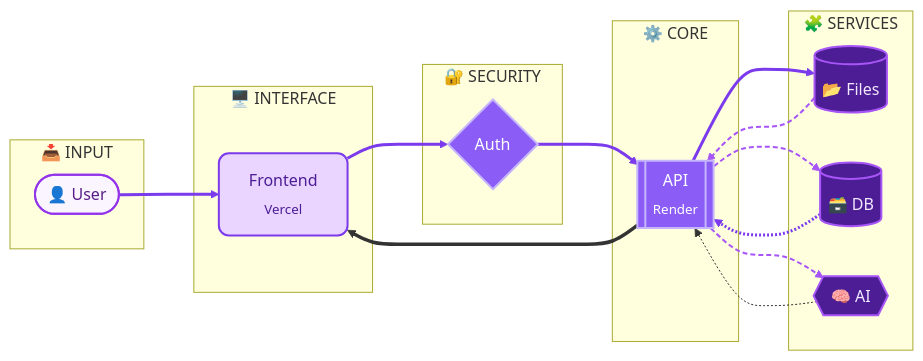
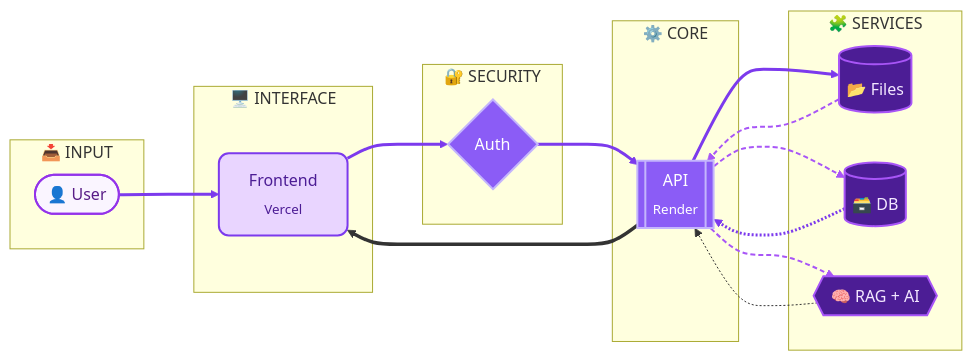
Before and after one commit to SujalAgrawal08/DocBrief: the second of 4 diagrams in README.md, drawn with Mermaid. The commit also changed other lines of this file and 8 other files, not shown here.

````diff
--- a/README.md
+++ b/README.md
@@ -38,43 +70,42 @@
 ```mermaid
 graph LR
-    %% --- THEME ---
     classDef layer1 fill:#faf5ff,stroke:#9333ea,stroke-width:2px,color:#581c87,rx:15,ry:15;
     classDef layer2 fill:#e9d5ff,stroke:#7c3aed,stroke-width:2px,color:#4c1d95,rx:10,ry:10;
     classDef layer3 fill:#8b5cf6,stroke:#c4b5fd,stroke-width:2px,color:#ffffff,rx:8,ry:8;
     classDef layer4 fill:#4c1d95,stroke:#a855f7,stroke-width:2px,color:#f3e8ff,rx:5,ry:5;
 
     subgraph Input ["&nbsp;📥 INPUT&nbsp;"]
         A([" 👤 User "])
     end
 
     subgraph Interface ["&nbsp;🖥️ INTERFACE&nbsp;"]
         B[" Frontend<br/><sub>Vercel</sub> "]
     end
 
     subgraph Security ["&nbsp;🔐 SECURITY&nbsp;"]
         C{" Auth "}
     end
 
     subgraph Core ["&nbsp;⚙️ CORE&nbsp;"]
         D[[" API<br/><sub>Render</sub> "]]
     end
 
     subgraph Services ["&nbsp;🧩 SERVICES&nbsp;"]
         E[(" 📂 Files ")]
         F[(" 🗃️ DB ")]
-        G{{" 🧠 AI "}}
+        G{{"🧠 RAG + AI "}}
     end
 
     A ==> B ==> C ==> D
     D --> E & F & G
     E & F & G -.-> D
     D ==> B
 
     class A layer1
     class B layer2
     class C,D layer3
     class E,F,G layer4
 
     linkStyle 0,1,2,3,7 stroke:#7c3aed,stroke-width:3px
     linkStyle 4,5,6 stroke:#a855f7,stroke-width:2px,stroke-dasharray:5 3
 ```
````
